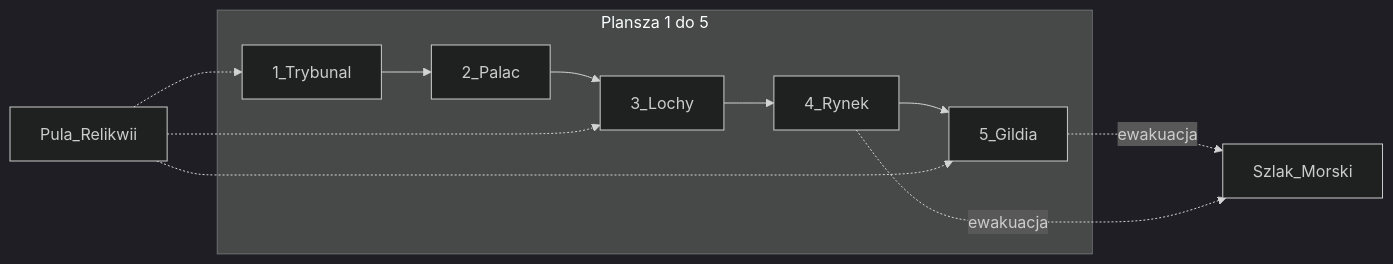
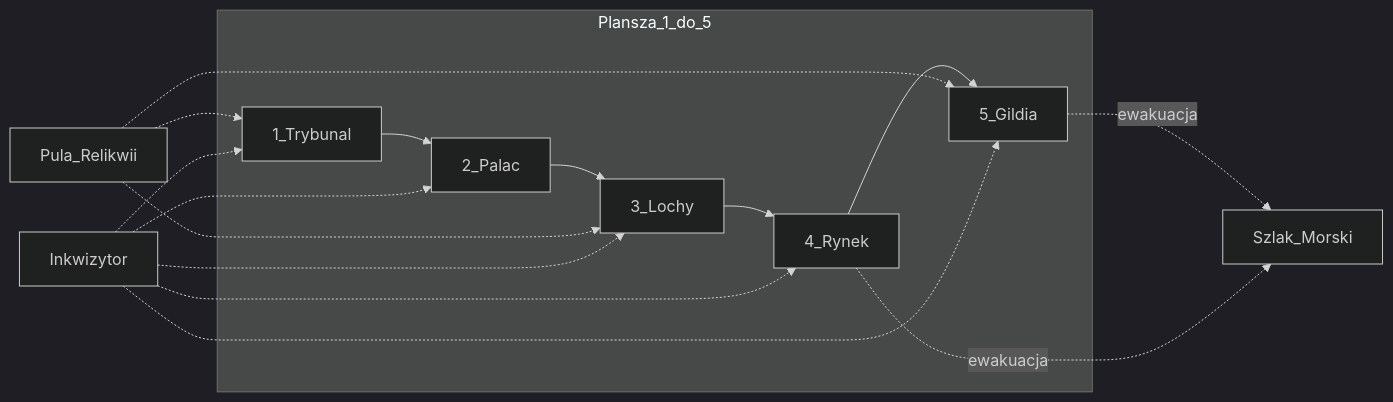
Before and after one commit to kacperczeczot/INQUISITIO-1492: the diagram in game/board/locations.md, drawn with Mermaid (dark theme). The commit also changed other lines of this file and 257 other files, not shown here.

````diff
--- a/game/board/locations.md
+++ b/game/board/locations.md
@@ -59,18 +73,24 @@
 ```mermaid
 flowchart LR
-  subgraph board [Plansza 1 do 5]
+  subgraph board [Plansza_1_do_5]
     T[1_Trybunal]
     P[2_Palac]
     L[3_Lochy]
     R[4_Rynek]
     G[5_Gildia]
     T --> P --> L --> R --> G
   end
   pool[Pula_Relikwii]
   sea[Szlak_Morski]
+  inq[Inkwizytor]
   G -.->|ewakuacja| sea
   R -.->|ewakuacja| sea
   pool -.-> T
   pool -.-> L
   pool -.-> G
+  inq -.-> T
+  inq -.-> P
+  inq -.-> L
+  inq -.-> R
+  inq -.-> G
 ```
````
